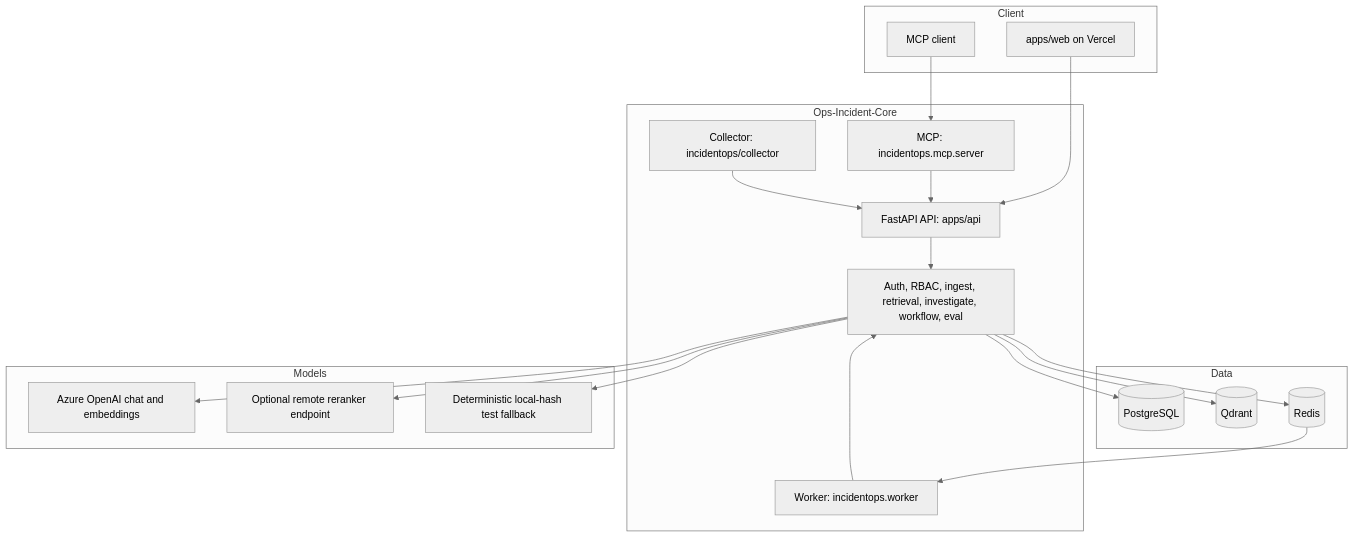
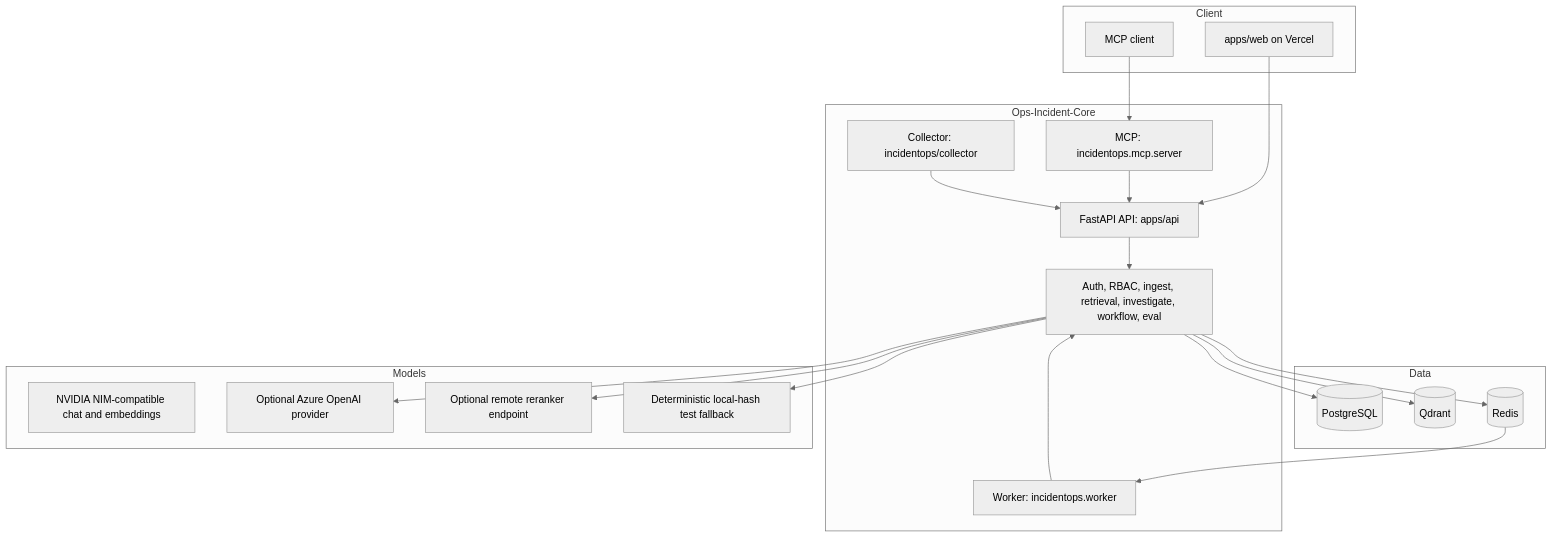
One commit to Auro-rium/Ops-Incident-Core changed the first of 3 diagrams in technical.md. Above: the diagram before and after it, drawn with Mermaid (neutral theme). The commit also changed other lines of this file and 8 other files, not shown here.

Commit message:
Use NVIDIA for production chat and embeddings

```diff
--- a/technical.md
+++ b/technical.md
@@ -12,37 +12,38 @@
 ~~~mermaid
 flowchart TB
   subgraph Client
     FE[apps/web on Vercel]
     MCP[MCP client]
   end
   subgraph Core[Ops-Incident-Core]
     API[FastAPI API: apps/api]
     COL[Collector: incidentops/collector]
     WORKER[Worker: incidentops.worker]
     MCP_SERVER[MCP: incidentops.mcp.server]
     DOMAIN[Auth, RBAC, ingest, retrieval, investigate, workflow, eval]
   end
   subgraph Data
     PG[(PostgreSQL)]
     QD[(Qdrant)]
     REDIS[(Redis)]
   end
   subgraph Models
-    AZURE[Azure OpenAI chat and embeddings]
+    NVIDIA[NVIDIA NIM-compatible chat and embeddings]
+    AZURE[Optional Azure OpenAI provider]
     REMOTE[Optional remote reranker endpoint]
     LOCAL[Deterministic local-hash test fallback]
   end
   FE --> API
   MCP --> MCP_SERVER
   MCP_SERVER --> API
   COL --> API
   API --> DOMAIN
   DOMAIN --> PG
   DOMAIN --> QD
   DOMAIN --> REDIS
   REDIS --> WORKER
   WORKER --> DOMAIN
   DOMAIN --> AZURE
   DOMAIN --> REMOTE
   DOMAIN --> LOCAL
 ~~~
```
